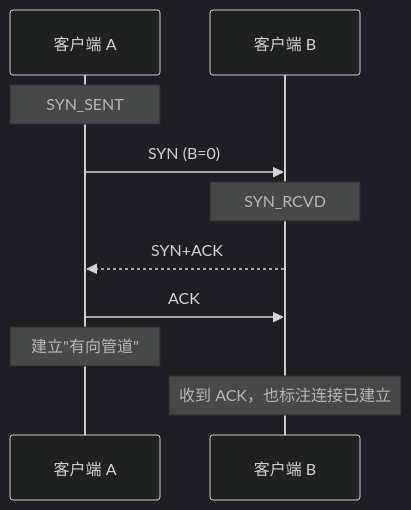
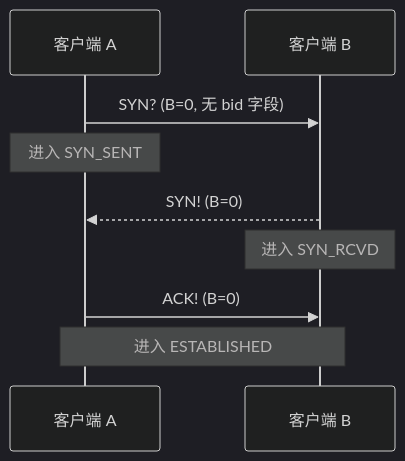
One commit to moky/magpie changed the second of 6 diagrams in docs/design-workflow.md. Above: the diagram before and after it, drawn with Mermaid (dark theme). The commit also changed other lines of this file and 7 other files, not shown here.

````diff
--- a/docs/design-workflow.md
+++ b/docs/design-workflow.md
@@ -66,12 +43,12 @@
 ```mermaid
 sequenceDiagram
     participant A as 客户端 A
     participant B as 客户端 B
-    Note over A: SYN_SENT
-    A->>B: SYN (B=0)
-    Note over B: SYN_RCVD
-    B-->>A: SYN+ACK
-    A->>B: ACK
-    Note over A: 建立"有向管道"
-    Note over B: 收到 ACK，也标注连接已建立
+
+    A->>B: SYN? (B=0, 无 bid 字段)
+    Note over A: 进入 SYN_SENT
+    B-->>A: SYN! (B=0)
+    Note over B: 进入 SYN_RCVD
+    A->>B: ACK! (B=0)
+    Note over A,B: 进入 ESTABLISHED
 ```
````
